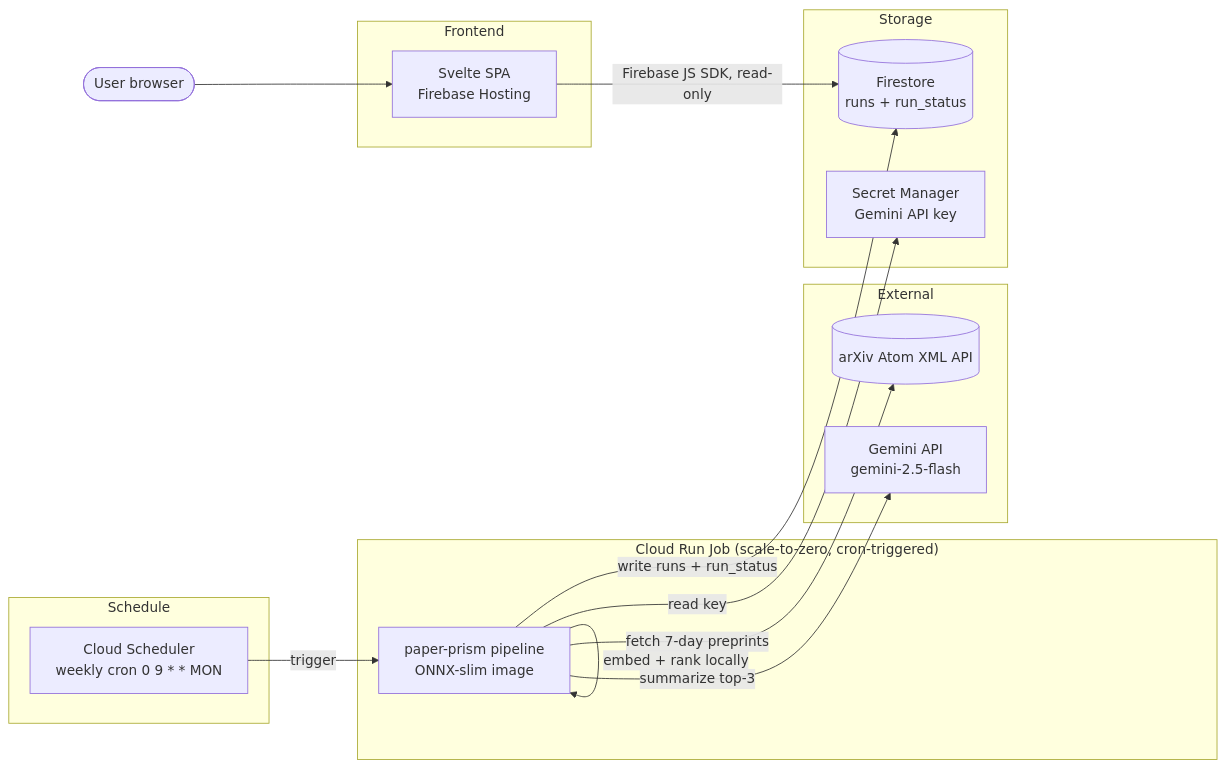
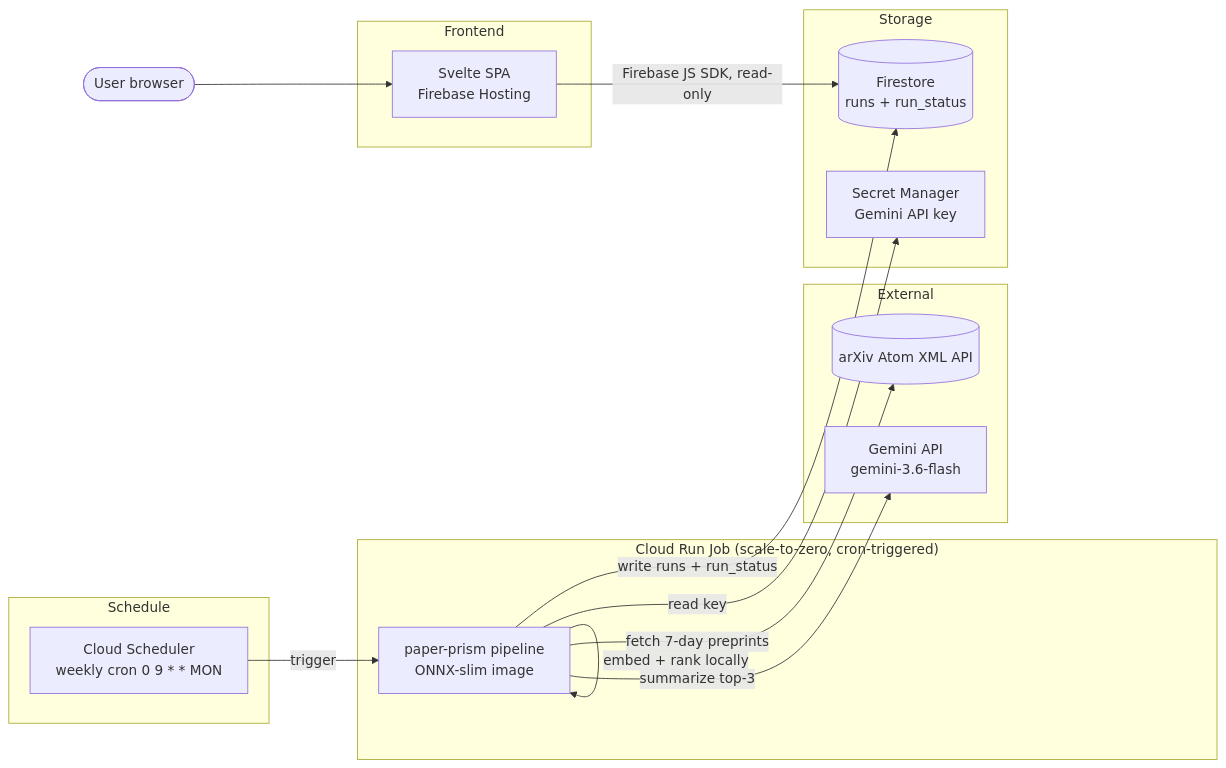
One commit to vishnuvardhansankoti/feed-mind changed the diagram in docs/paper-prism-prd.md. Above: the diagram before and after it, drawn with Mermaid. The commit also changed other lines of this file and 6 other files, not shown here.

````diff
--- a/docs/paper-prism-prd.md
+++ b/docs/paper-prism-prd.md
@@ -69,35 +69,35 @@
 ```mermaid
 flowchart LR
     subgraph Schedule
         SCH[Cloud Scheduler<br/>weekly cron 0 9 * * MON]
     end
 
     subgraph Pipeline["Cloud Run Job (scale-to-zero, cron-triggered)"]
         JOB[paper-prism pipeline<br/>ONNX-slim image]
     end
 
     subgraph External
         ARX[(arXiv Atom XML API)]
-        GEM[Gemini API<br/>gemini-2.5-flash]
+        GEM[Gemini API<br/>gemini-3.6-flash]
     end
 
     subgraph Storage
         FS[(Firestore<br/>runs + run_status)]
         SM[Secret Manager<br/>Gemini API key]
     end
 
     subgraph Frontend
         SPA[Svelte SPA<br/>Firebase Hosting]
     end
 
     USER([User browser])
 
     SCH -->|trigger| JOB
     JOB -->|fetch 7-day preprints| ARX
     JOB -->|embed + rank locally| JOB
     JOB -->|summarize top-3| GEM
     JOB -->|read key| SM
     JOB -->|write runs + run_status| FS
     SPA -->|Firebase JS SDK, read-only| FS
     USER --> SPA
 ```
````
